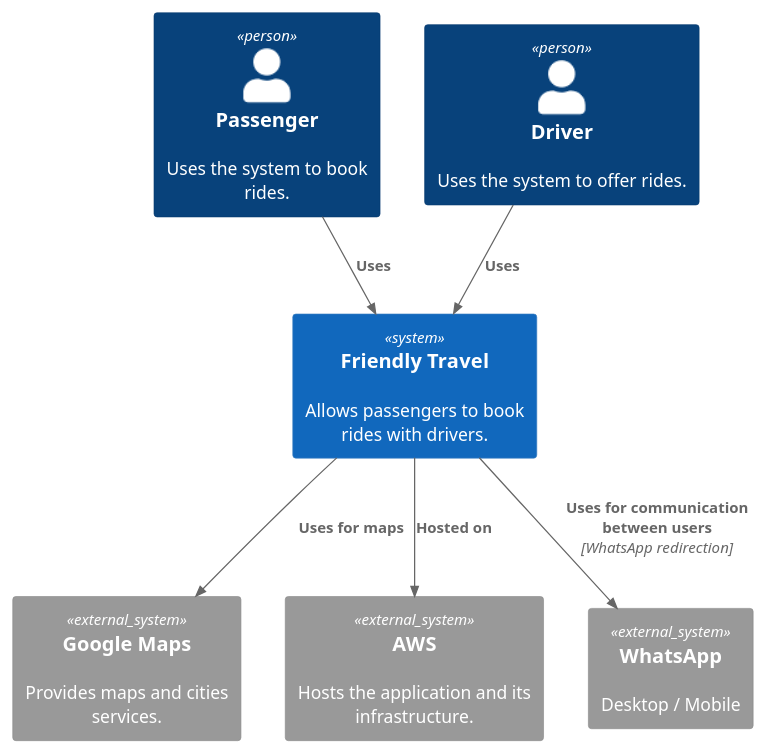
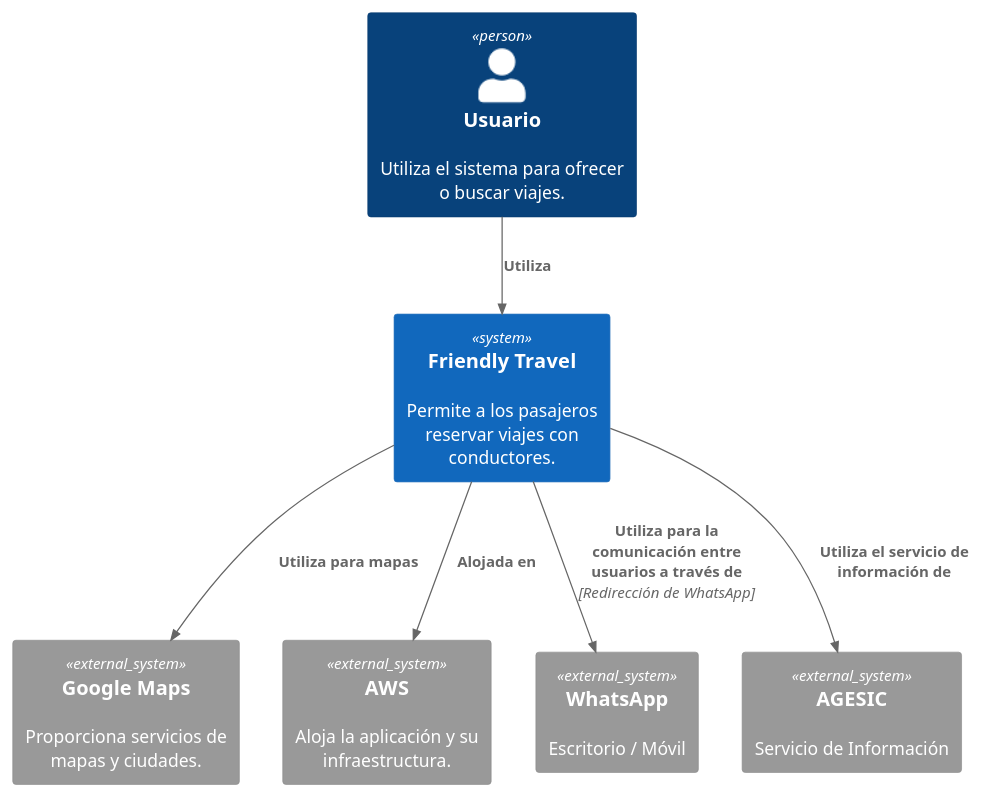
The diagram in Diagrams/C4_Context.puml (rodrisu/friendlytravel.github.io), drawn with PlantUML before and after one commit. The commit also changed 27 other files, not shown here.

```diff
--- a/Diagrams/C4_Context.puml
+++ b/Diagrams/C4_Context.puml
@@ -1,20 +1,20 @@
 @startuml FriendlyTravel_Context
 
 !include https://raw.githubusercontent.com/plantuml-stdlib/C4-PlantUML/master/C4_Context.puml
 
-System(friendlytravel, "Friendly Travel", "Allows passengers to book rides with drivers.")
+System(friendlytravel, "Friendly Travel", "Permite a los pasajeros reservar viajes con conductores.") 
 
-Person(passenger, "Passenger", "Uses the system to book rides.")
-Person(driver, "Driver", "Uses the system to offer rides.") 
+Person(usuario, "Usuario", "Utiliza el sistema para ofrecer o buscar viajes.") 
 
-System_Ext(googlemaps, "Google Maps", "Provides maps and cities services.")
-System_Ext(aws, "AWS", "Hosts the application and its infrastructure.")
-System_Ext(whatsapp, "WhatsApp", "Desktop / Mobile")
+System_Ext(googlemaps, "Google Maps", "Proporciona servicios de mapas y ciudades.")
+System_Ext(aws, "AWS", "Aloja la aplicación y su infraestructura.")
+System_Ext(whatsapp, "WhatsApp", "Escritorio / Móvil")
+System_Ext(agesic, "AGESIC", "Servicio de Información")
 
-Rel(passenger, friendlytravel, "Uses") 
-Rel(driver, friendlytravel, "Uses")
-Rel(friendlytravel, googlemaps, "Uses for maps")
-Rel(friendlytravel, aws, "Hosted on")
-Rel(friendlytravel, whatsapp, "Uses for communication between users", "WhatsApp redirection")
+Rel(usuario, friendlytravel, "Utiliza")
+Rel(friendlytravel, googlemaps, "Utiliza para mapas")
+Rel(friendlytravel, aws, "Alojada en")
+Rel(friendlytravel, whatsapp, "Utiliza para la comunicación entre usuarios a través de", "Redirección de WhatsApp")
+Rel(friendlytravel, agesic, "Utiliza el servicio de información de")
 
 @enduml
```
